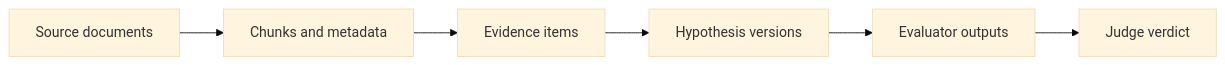
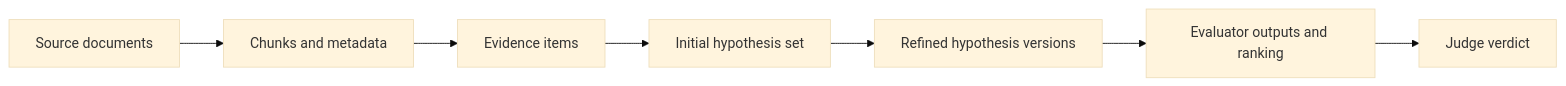
Before and after one commit to KroJIak/hypothesis-court: the second of 2 diagrams in docs/architecture/02-System-Architecture.md, drawn with Mermaid (base theme). The commit also changed other lines of this file and 29 other files, not shown here.

````diff
--- a/docs/architecture/02-System-Architecture.md
+++ b/docs/architecture/02-System-Architecture.md
@@ -86,8 +88,9 @@
 ```mermaid
 flowchart LR
     A[Source documents] --> B[Chunks and metadata]
     B --> C[Evidence items]
-    C --> D[Hypothesis versions]
-    D --> E[Evaluator outputs]
-    E --> F[Judge verdict]
+    C --> D[Initial hypothesis set]
+    D --> E[Refined hypothesis versions]
+    E --> F[Evaluator outputs and ranking]
+    F --> G[Judge verdict]
 ```
````
